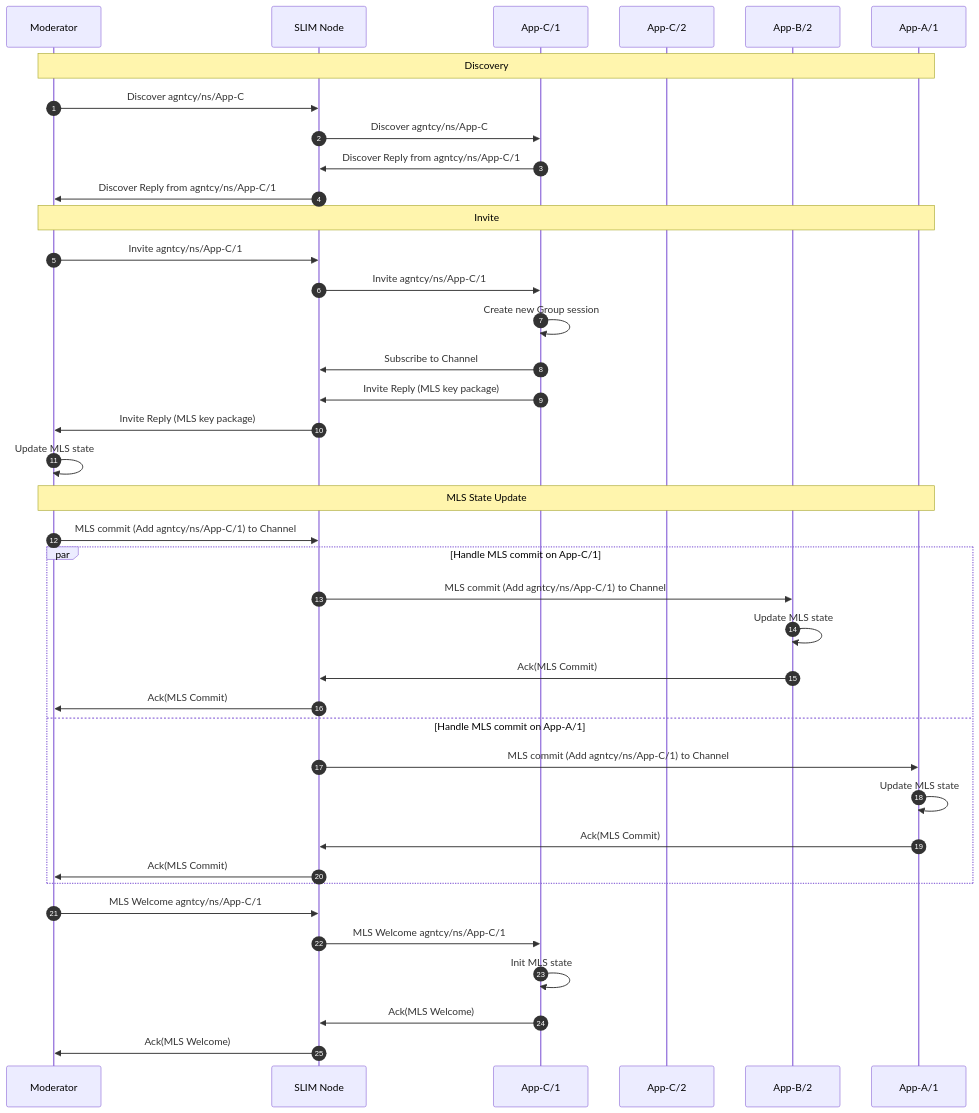
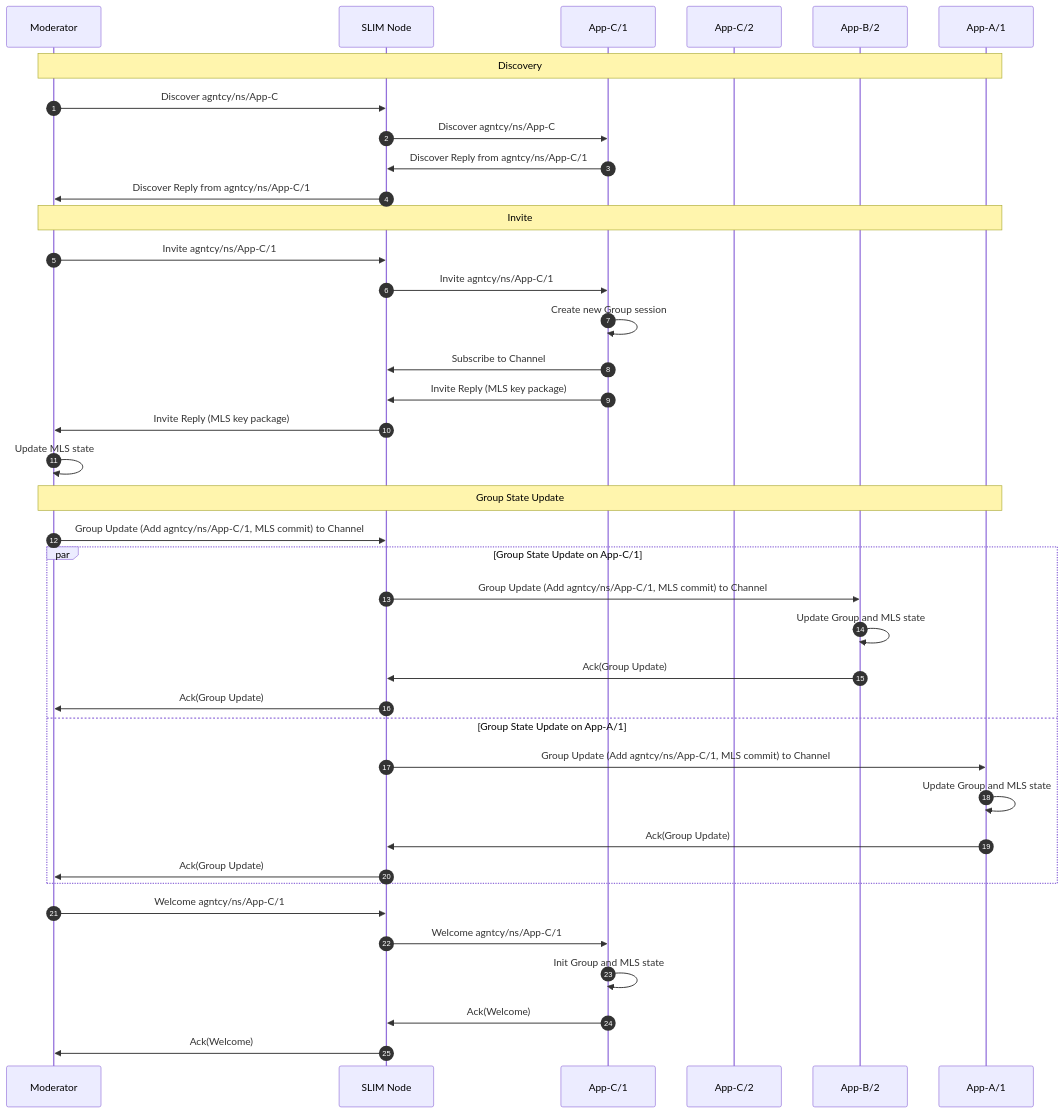
Before and after one commit to agntcy/docs: the second of 3 diagrams in docs/messaging/slim-session.md, drawn with Mermaid. The commit also changed other lines of this file and 6 other files, not shown here.

````diff
--- a/docs/messaging/slim-session.md
+++ b/docs/messaging/slim-session.md
@@ -222,45 +246,45 @@
 ```mermaid
 sequenceDiagram
     autonumber
 
     participant Moderator
     participant SLIM Node
     participant App-C/1
     participant App-C/2
     participant App-B/2
     participant App-A/1
 
     Note over Moderator,App-A/1: Discovery
     Moderator->>SLIM Node: Discover agntcy/ns/App-C
     SLIM Node->>App-C/1: Discover agntcy/ns/App-C
     App-C/1->>SLIM Node: Discover Reply from agntcy/ns/App-C/1
     SLIM Node->>Moderator: Discover Reply from agntcy/ns/App-C/1
 
     Note over Moderator,App-A/1: Invite
     Moderator->>SLIM Node: Invite agntcy/ns/App-C/1
     SLIM Node->>App-C/1: Invite agntcy/ns/App-C/1
     App-C/1->>App-C/1: Create new Group session
     App-C/1->>SLIM Node: Subscribe to Channel
     App-C/1->>SLIM Node: Invite Reply (MLS key package)
     SLIM Node->>Moderator: Invite Reply (MLS key package)
     Moderator->>Moderator: Update MLS state
 
-    Note over Moderator,App-A/1: MLS State Update
-    Moderator->>SLIM Node: MLS commit (Add agntcy/ns/App-C/1) to Channel
-    par Handle MLS commit on App-C/1
-        SLIM Node->>App-B/2: MLS commit (Add agntcy/ns/App-C/1) to Channel
-        App-B/2->>App-B/2: Update MLS state
-        App-B/2->>SLIM Node: Ack(MLS Commit)
-        SLIM Node->>Moderator: Ack(MLS Commit)
-    and Handle MLS commit on App-A/1
-        SLIM Node->>App-A/1: MLS commit (Add agntcy/ns/App-C/1) to Channel
-        App-A/1->>App-A/1: Update MLS state
-        App-A/1->>SLIM Node: Ack(MLS Commit)
-        SLIM Node->>Moderator: Ack(MLS Commit)
+    Note over Moderator,App-A/1: Group State Update
+    Moderator->>SLIM Node: Group Update (Add agntcy/ns/App-C/1, MLS commit) to Channel
+    par Group State Update on App-C/1
+        SLIM Node->>App-B/2: Group Update (Add agntcy/ns/App-C/1, MLS commit) to Channel
+        App-B/2->>App-B/2: Update Group and MLS state
+        App-B/2->>SLIM Node: Ack(Group Update)
+        SLIM Node->>Moderator: Ack(Group Update)
+    and Group State Update on App-A/1
+        SLIM Node->>App-A/1: Group Update (Add agntcy/ns/App-C/1, MLS commit) to Channel
+        App-A/1->>App-A/1: Update Group and MLS state
+        App-A/1->>SLIM Node: Ack(Group Update)
+        SLIM Node->>Moderator: Ack(Group Update)
     end
-    Moderator->>SLIM Node: MLS Welcome agntcy/ns/App-C/1
-    SLIM Node->>App-C/1: MLS Welcome agntcy/ns/App-C/1
-    App-C/1->>App-C/1: Init MLS state
-    App-C/1->>SLIM Node: Ack(MLS Welcome)
-    SLIM Node->>Moderator: Ack(MLS Welcome)
+    Moderator->>SLIM Node: Welcome agntcy/ns/App-C/1
+    SLIM Node->>App-C/1: Welcome agntcy/ns/App-C/1
+    App-C/1->>App-C/1: Init Group and MLS state
+    App-C/1->>SLIM Node: Ack(Welcome)
+    SLIM Node->>Moderator: Ack(Welcome)
 ```
````
